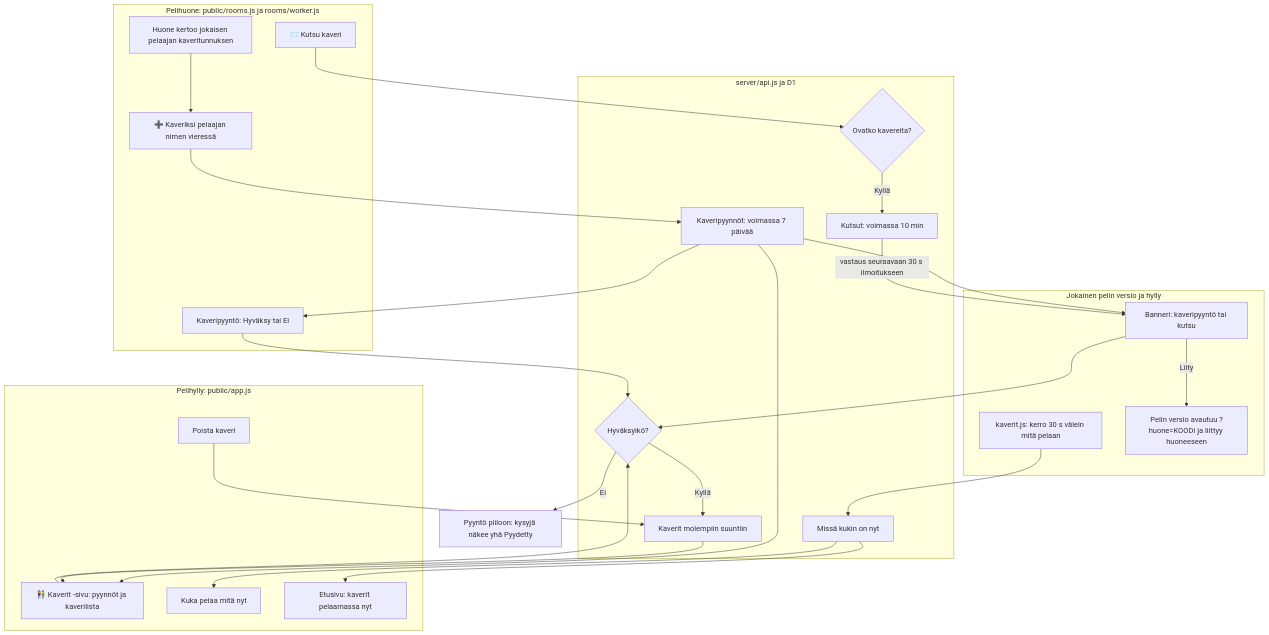
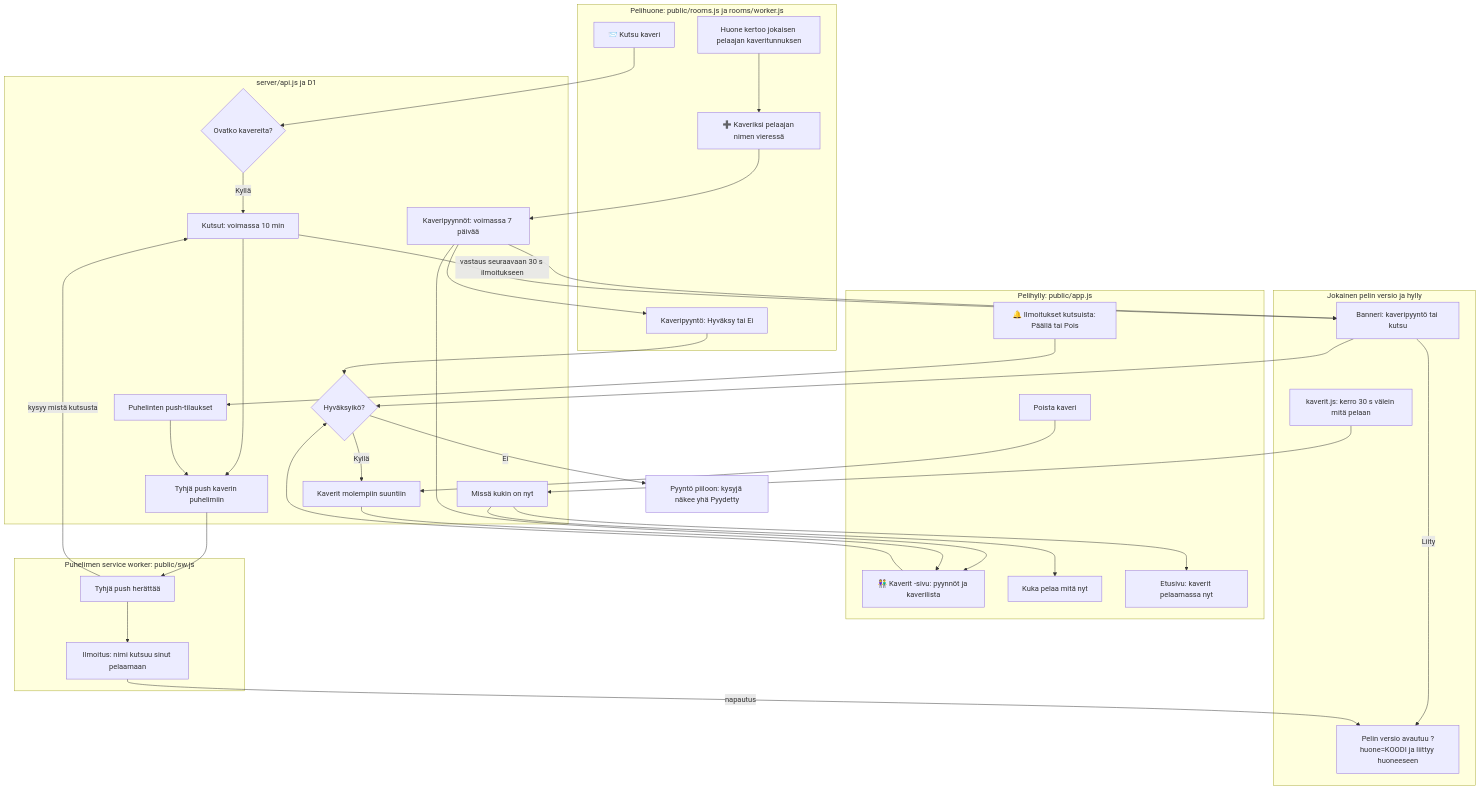
Before and after one commit to eerovil/ai-pelit: the diagram in docs/diagrams/kaverit.md, drawn with Mermaid. The commit also changed other lines of this file and 12 other files, not shown here.

````diff
--- a/docs/diagrams/kaverit.md
+++ b/docs/diagrams/kaverit.md
@@ -9,52 +10,67 @@
 ```mermaid
 flowchart TD
   subgraph Huone[Pelihuone: public/rooms.js ja rooms/worker.js]
     R0[Huone kertoo jokaisen pelaajan kaveritunnuksen]
     R1[➕ Kaveriksi pelaajan nimen vieressä]
     R3[Kaveripyyntö: Hyväksy tai Ei]
     R4[📨 Kutsu kaveri]
   end
   subgraph Peli[Jokainen pelin versio ja hylly]
     B1[kaverit.js: kerro 30 s välein mitä pelaan]
     B2[Banneri: kaveripyyntö tai kutsu]
     R2[Pelin versio avautuu ?huone=KOODI ja liittyy huoneeseen]
   end
   subgraph Hylly[Pelihylly: public/app.js]
     H1[👫 Kaverit -sivu: pyynnöt ja kaverilista]
     H6[Kuka pelaa mitä nyt]
     H7[Etusivu: kaverit pelaamassa nyt]
     H8[Poista kaveri]
+    H9[🔔 Ilmoitukset kutsuista: Päällä tai Pois]
+  end
+  subgraph Puhelin[Puhelimen service worker: public/sw.js]
+    W1[Tyhjä push herättää]
+    W2[Ilmoitus: nimi kutsuu sinut pelaamaan]
   end
   subgraph Palvelin[server/api.js ja D1]
     S1[Kaveripyynnöt: voimassa 7 päivää]
     S2{Hyväksyikö?}
     S3[Kaverit molempiin suuntiin]
     S4[Missä kukin on nyt]
     S5{Ovatko kavereita?}
     S6[Kutsut: voimassa 10 min]
+    S7[Puhelinten push-tilaukset]
+    S8[Tyhjä push kaverin puhelimiin]
   end
   R0 --> R1
   R1 --> S1
   S1 --> R3
   S1 --> B2
   S1 --> H1
   R3 --> S2
   H1 --> S2
   B2 --> S2
   S2 -- Kyllä --> S3
   S2 -- Ei --> S9[Pyyntö piiloon: kysyjä näkee yhä Pyydetty]
   H8 --> S3
   B1 --> S4
   S3 --> H1
   S4 --> H6
   S4 --> H7
   R4 --> S5
   S5 -- Kyllä --> S6
   S6 -- vastaus seuraavaan 30 s ilmoitukseen --> B2
   B2 -- Liity --> R2
+  H9 --> S7
+  S6 --> S8
+  S7 --> S8
+  S8 --> W1
+  W1 -- kysyy mistä kutsusta --> S6
+  W1 --> W2
+  W2 -- napautus --> R2
 
   class R1,R3,H8,S2 amber
   class B1,S4,H6,H7 teal
   class R4,S5,S6,B2,R2 violet
   class R0,S1,S3,H1,S9 blue
+  class H9,S7,S8,W1,W2 green
 ```
````
